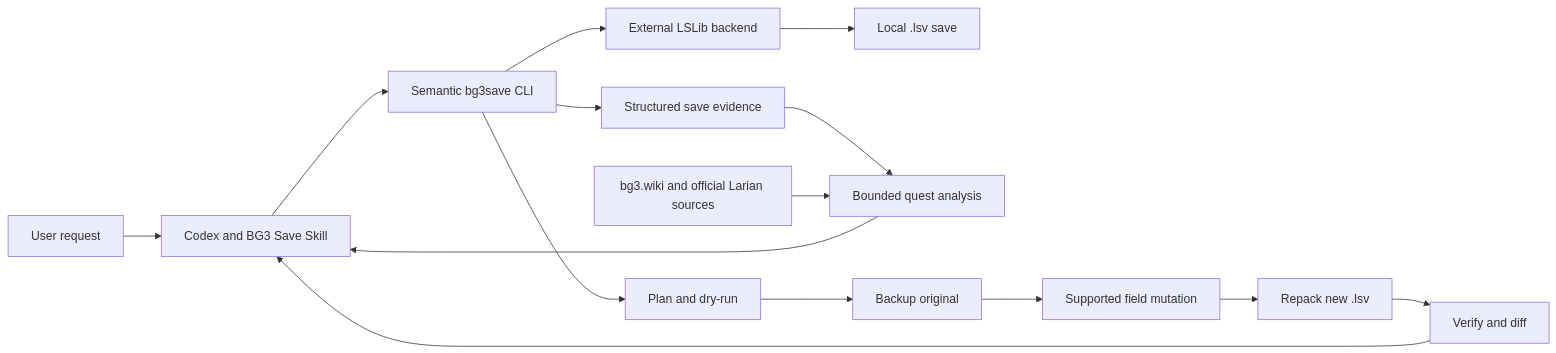
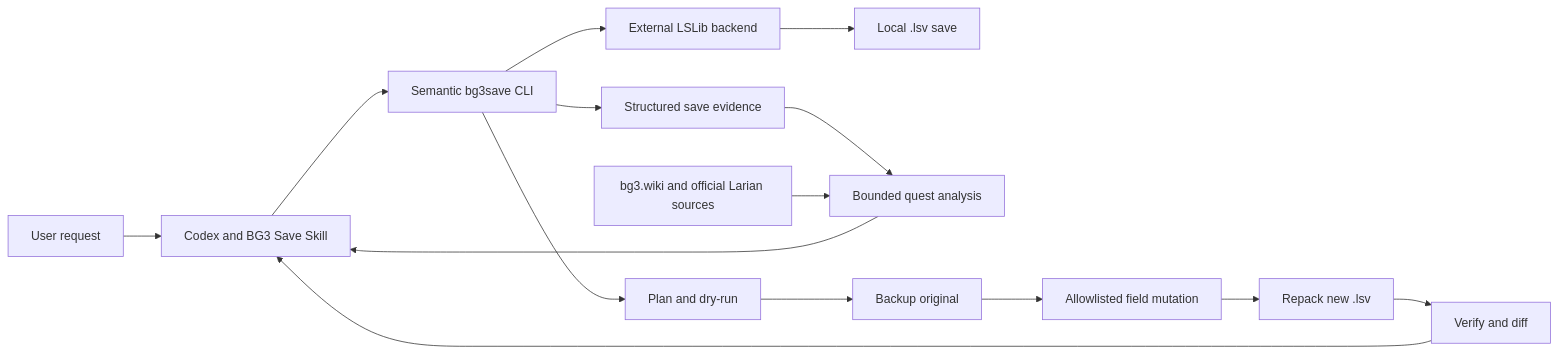
One commit to hylqs97/bg3-save-skill changed the diagram in docs/architecture.md. Above: the diagram before and after it, drawn with Mermaid. The commit also changed other lines of this file and 11 other files, not shown here.

````diff
--- a/docs/architecture.md
+++ b/docs/architecture.md
@@ -3,17 +3,17 @@
 ```mermaid
 flowchart LR
     U[User request] --> A[Codex and BG3 Save Skill]
     A --> C[Semantic bg3save CLI]
     C --> L[External LSLib backend]
     L --> S[Local .lsv save]
     C --> E[Structured save evidence]
     E --> Q[Bounded quest analysis]
     W[bg3.wiki and official Larian sources] --> Q
     Q --> A
     C --> P[Plan and dry-run]
     P --> B[Backup original]
-    B --> M[Supported field mutation]
+    B --> M[Allowlisted field mutation]
     M --> R[Repack new .lsv]
     R --> V[Verify and diff]
     V --> A
 ```
````
